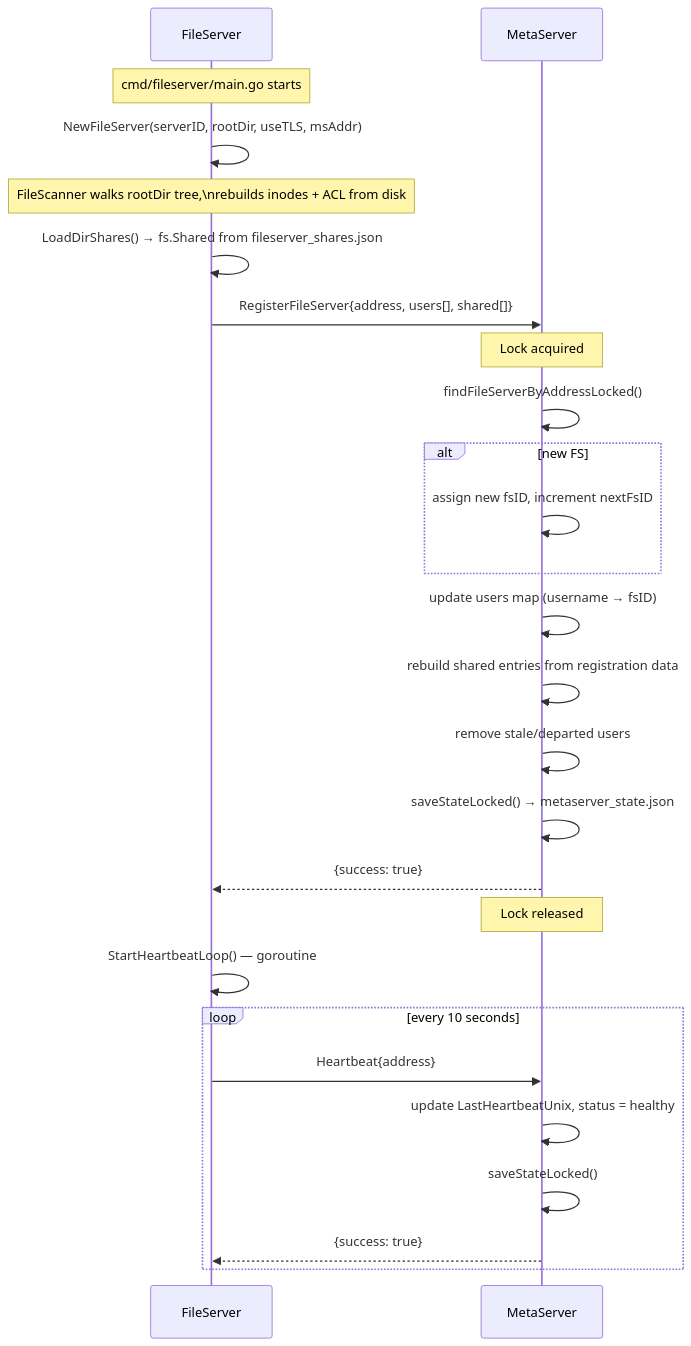
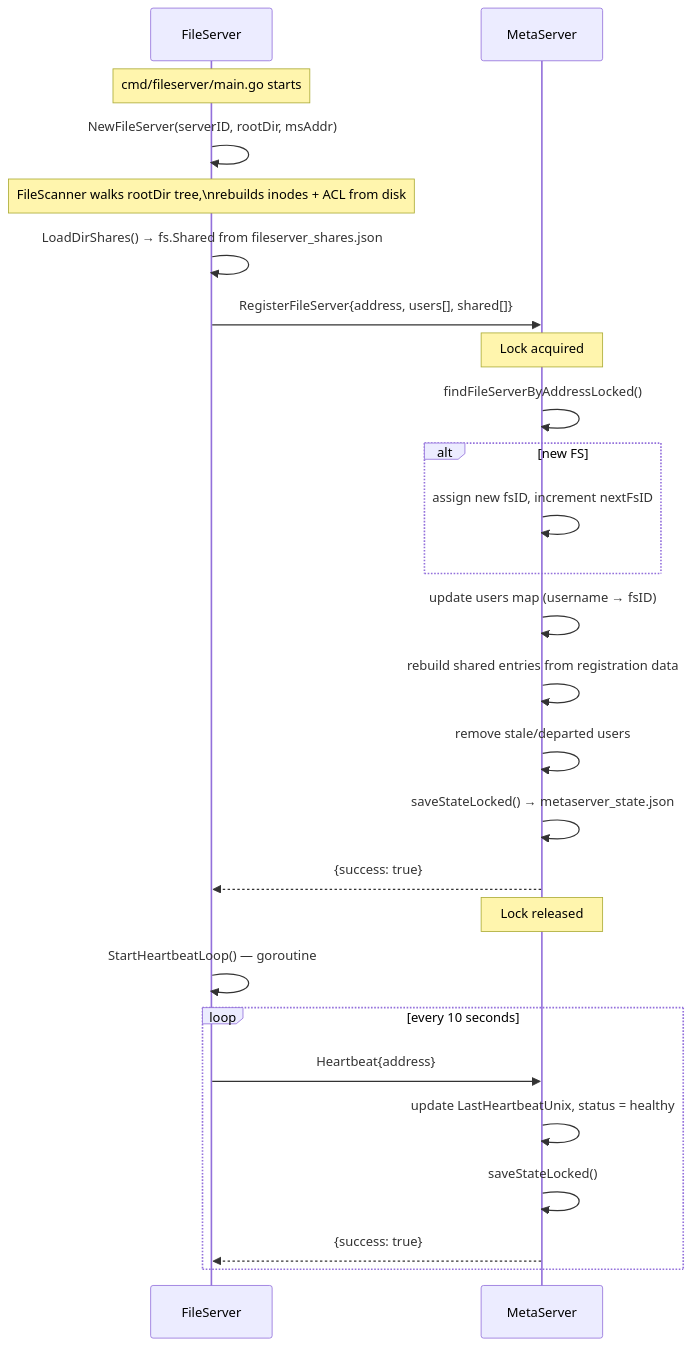
Before and after one commit to DVFS-IIT-Gandhinagar/Distributed-Virtual-File-System: the third of 24 diagrams in docs/architecture/flow.md, drawn with Mermaid. The commit also changed 4 other files, not shown here.

Commit message:
docs: add TLS setup guide and update architecture docs with new PKI workflow

````diff
--- a/docs/architecture/flow.md
+++ b/docs/architecture/flow.md
@@ -238,29 +238,29 @@
 ```mermaid
 sequenceDiagram
     participant FS as FileServer
     participant MS as MetaServer
 
     Note over FS: cmd/fileserver/main.go starts
-    FS->>FS: NewFileServer(serverID, rootDir, useTLS, msAddr)
+    FS->>FS: NewFileServer(serverID, rootDir, msAddr)
     Note over FS: FileScanner walks rootDir tree,\nrebuilds inodes + ACL from disk
     FS->>FS: LoadDirShares() → fs.Shared from fileserver_shares.json
     FS->>MS: RegisterFileServer{address, users[], shared[]}
     Note over MS: Lock acquired
     MS->>MS: findFileServerByAddressLocked()
     alt new FS
         MS->>MS: assign new fsID, increment nextFsID
     end
     MS->>MS: update users map (username → fsID)
     MS->>MS: rebuild shared entries from registration data
     MS->>MS: remove stale/departed users
     MS->>MS: saveStateLocked() → metaserver_state.json
     MS-->>FS: {success: true}
     Note over MS: Lock released
     FS->>FS: StartHeartbeatLoop() — goroutine
     loop every 10 seconds
         FS->>MS: Heartbeat{address}
         MS->>MS: update LastHeartbeatUnix, status = healthy
         MS->>MS: saveStateLocked()
         MS-->>FS: {success: true}
     end
 ```
````
